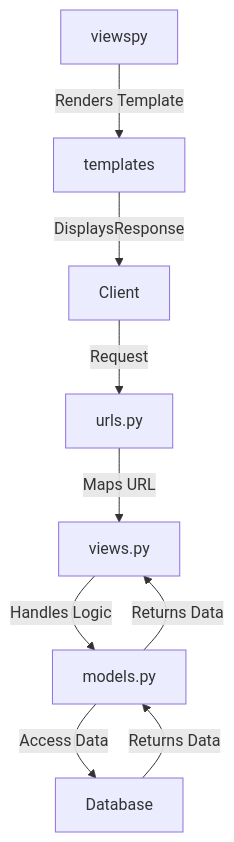
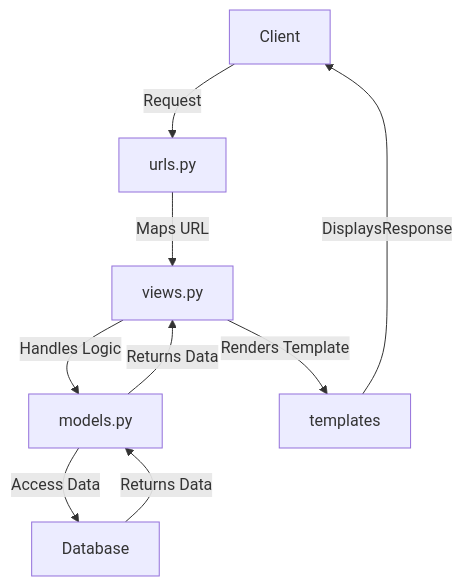
The diagram in README.md (theoalll/eshop-pbp), drawn with Mermaid before and after one commit.

Commit message:
fix README for tugas 4

````diff
--- a/README.md
+++ b/README.md
@@ -46,11 +46,11 @@
 ```mermaid
 graph TD;
     Client -->|Request| urls.py;
     urls.py -->|Maps URL| views.py;
     views.py -->|Handles Logic| models.py;
-    viewspy -->|Renders Template| templates;
+    views.py -->|Renders Template| templates;
     models.py -->|Access Data| Database;
     Database -->|Returns Data| models.py;
     models.py -->|Returns Data| views.py;
     templates -->|DisplaysResponse| Client;
 ```
````
